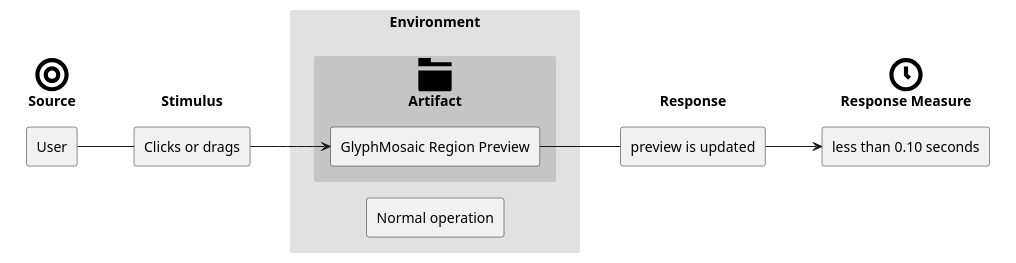
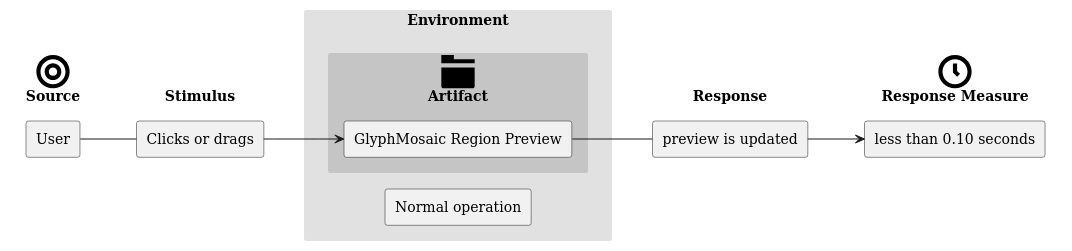
The diagram in documentation/Specification/diagrams/scenarios/region_drawing.plantuml (zwerdlds/GlyphMosaic), drawn with PlantUML before and after one commit. The commit also changed 7 other files, not shown here.

```diff
--- a/documentation/Specification/diagrams/scenarios/region_drawing.plantuml
+++ b/documentation/Specification/diagrams/scenarios/region_drawing.plantuml
@@ -1,44 +1,45 @@
 @startuml
 skinparam nodesep 50
 skinparam ranksep 5
 top to bottom direction
 skinparam PackageStyle rectangle
 skinparam ComponentStyle rectangle
 skinparam PackageBorderColor transparent
+skinparam defaultFontName DejaVu Serif
 
 package "<size:50><&target>\nSource" {
     [User] as src
 }
 
 rectangle Stimulus {
     [Clicks or drags] as stim
 }
 
 src -r- stim
 
 package Environment #dddddddd {
     [Normal operation] as env
 
 package "<size:50><&folder>\nArtifact" #bbbbbbbb {
     package [GlyphMosaic Region Preview] as art
 }
 
 env -[hidden]u- art
 }
 
 stim -r-> art
 
 package Response {
     package [preview is updated] as rspns
 }
 
 art -r- rspns
 
 package "<size:50><&clock>\nResponse Measure" {
     package [less than 0.10 seconds] as msr
 }
 
 rspns -r-> msr
 
 
 @enduml
```
